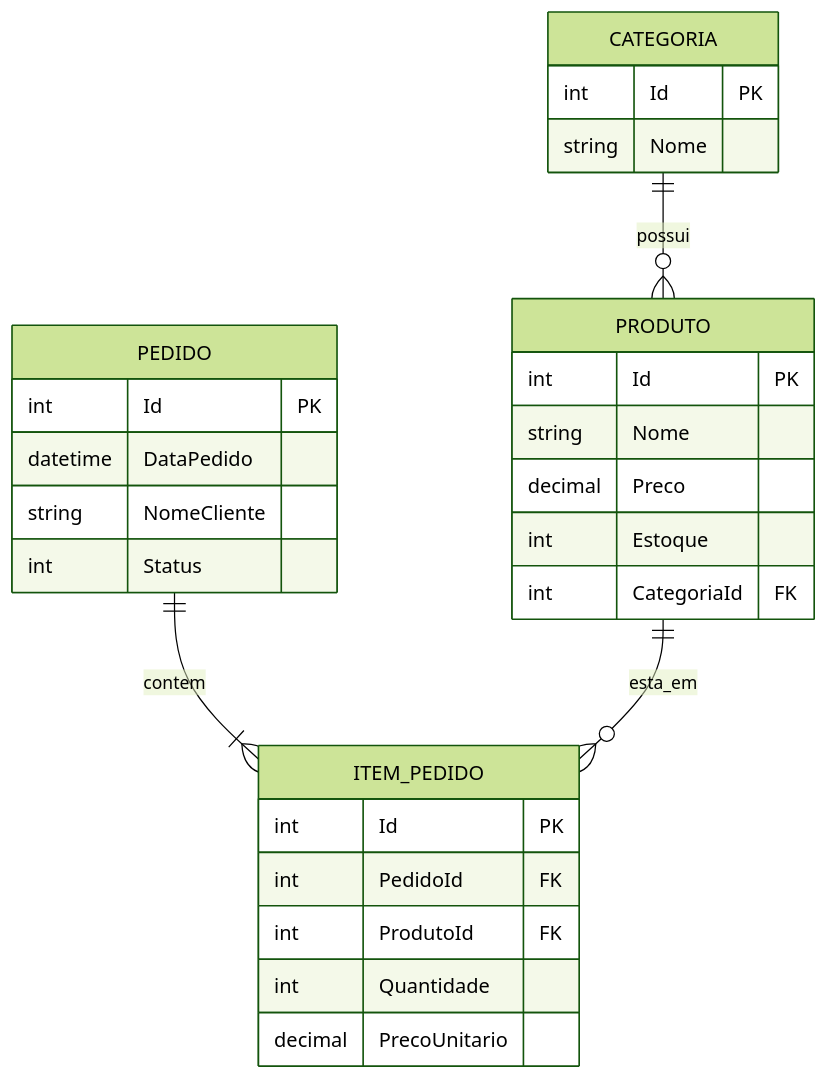
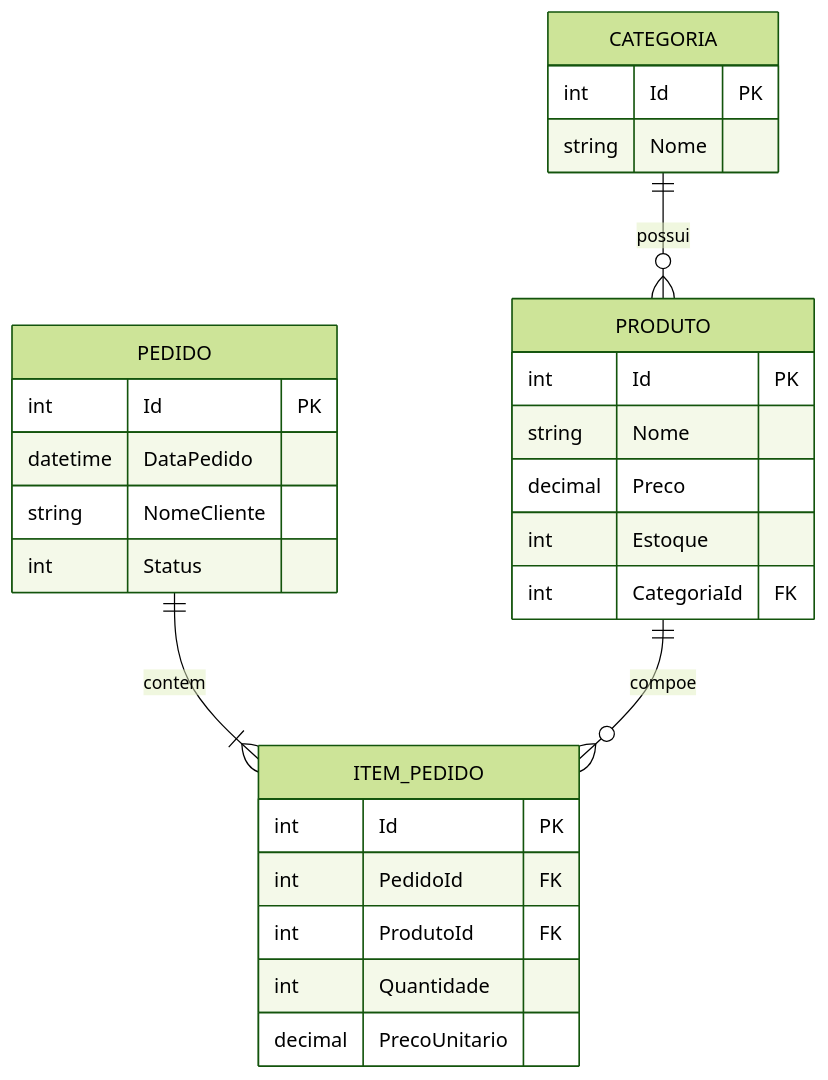
One commit to willian14551/ProjetoTechStore-Volvo-2026 changed the diagram in README.md. Above: the diagram before and after it, drawn with Mermaid (forest theme).

Commit message:
estrutura: atualizar relacionamento do diagrama ER

````diff
--- a/README.md
+++ b/README.md
@@ -1,31 +1,31 @@
 ```mermaid
 erDiagram
     CATEGORIA ||--o{ PRODUTO : "possui"
     PEDIDO ||--|{ ITEM_PEDIDO : "contem"
-    PRODUTO ||--o{ ITEM_PEDIDO : "esta_em"
+    PRODUTO ||--o{ ITEM_PEDIDO : "compoe"
 
     CATEGORIA {
         int Id PK
         string Nome
     }
     PRODUTO {
         int Id PK
         string Nome
         decimal Preco
         int Estoque
         int CategoriaId FK
     }
     PEDIDO {
         int Id PK
         datetime DataPedido
         string NomeCliente
         int Status
     }
     ITEM_PEDIDO {
         int Id PK
         int PedidoId FK
         int ProdutoId FK
         int Quantidade
         decimal PrecoUnitario
     }
 ```
````
